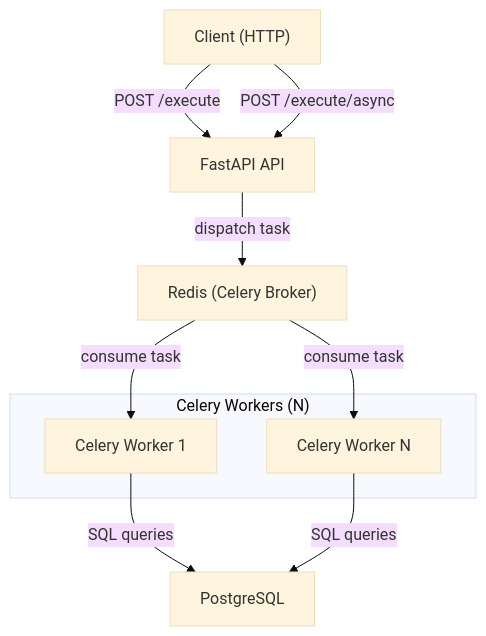
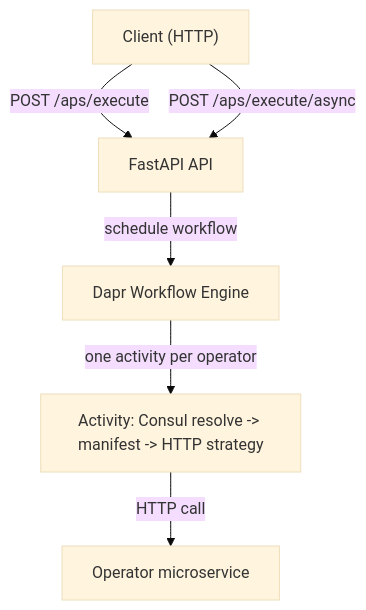
The diagram in README.md (SoTrx/ap-executor), drawn with Mermaid (base theme) before and after one commit. The commit also changed other lines of this file and 99 other files, not shown here.

````diff
--- a/README.md
+++ b/README.md
@@ -17,21 +17,14 @@
 ```mermaid
 graph TD
     Client["Client (HTTP)"]
     API["FastAPI API"]
-    Redis["Redis (Celery Broker)"]
+    WF["Dapr Workflow Engine"]
+    Activity["Activity: Consul resolve -> manifest -> HTTP strategy"]
+    Operator["Operator microservice"]
 
-    Client -->|POST /execute| API
-    Client -->|POST /execute/async| API
-    API -->|dispatch task| Redis
-
-    subgraph Workers["Celery Workers (N)"]
-        Worker1["Celery Worker 1"]
-        WorkerN["Celery Worker N"]
-    end
-
-    Redis -->|consume task| Worker1
-    Redis -->|consume task| WorkerN
-
-    Worker1 -->|SQL queries| PG1["PostgreSQL"]
-    WorkerN -->|SQL queries| PG1
+    Client -->|POST /aps/execute| API
+    Client -->|POST /aps/execute/async| API
+    API -->|schedule workflow| WF
+    WF -->|one activity per operator| Activity
+    Activity -->|HTTP call| Operator
 ```
````
